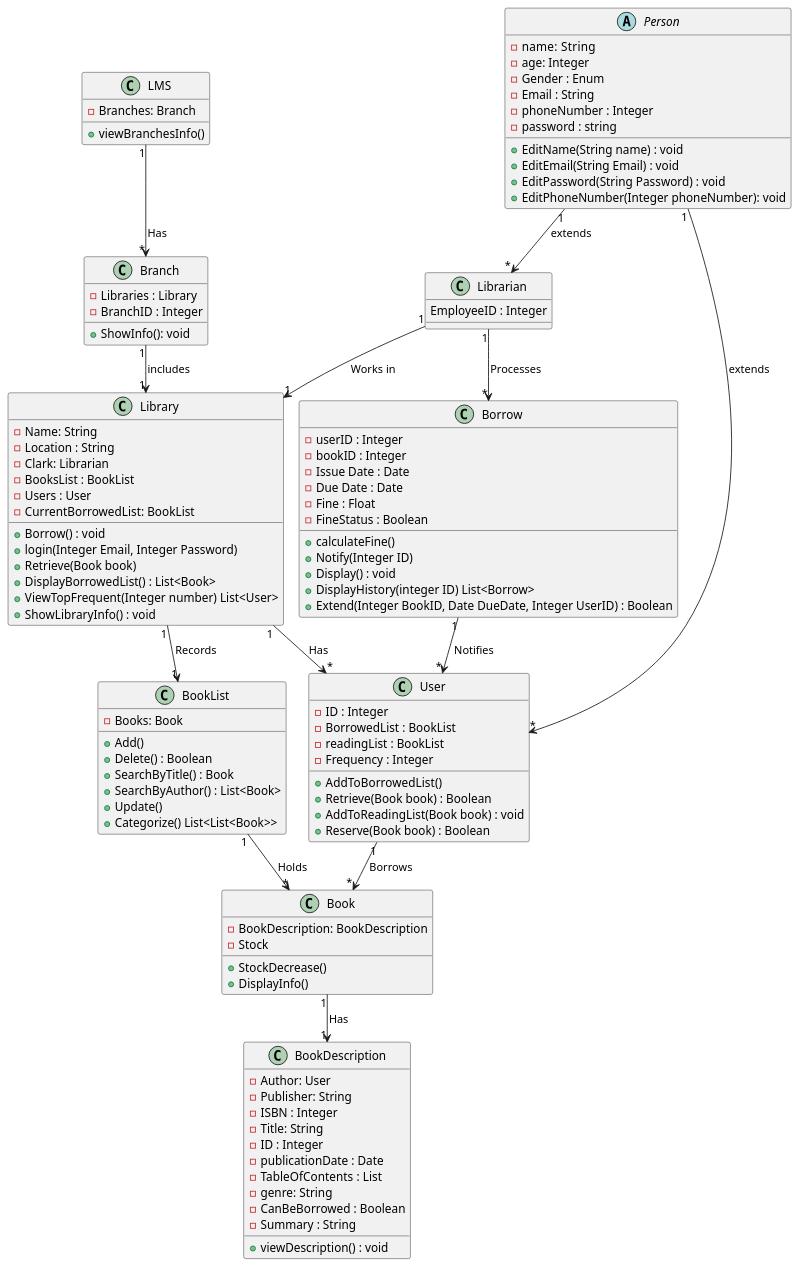
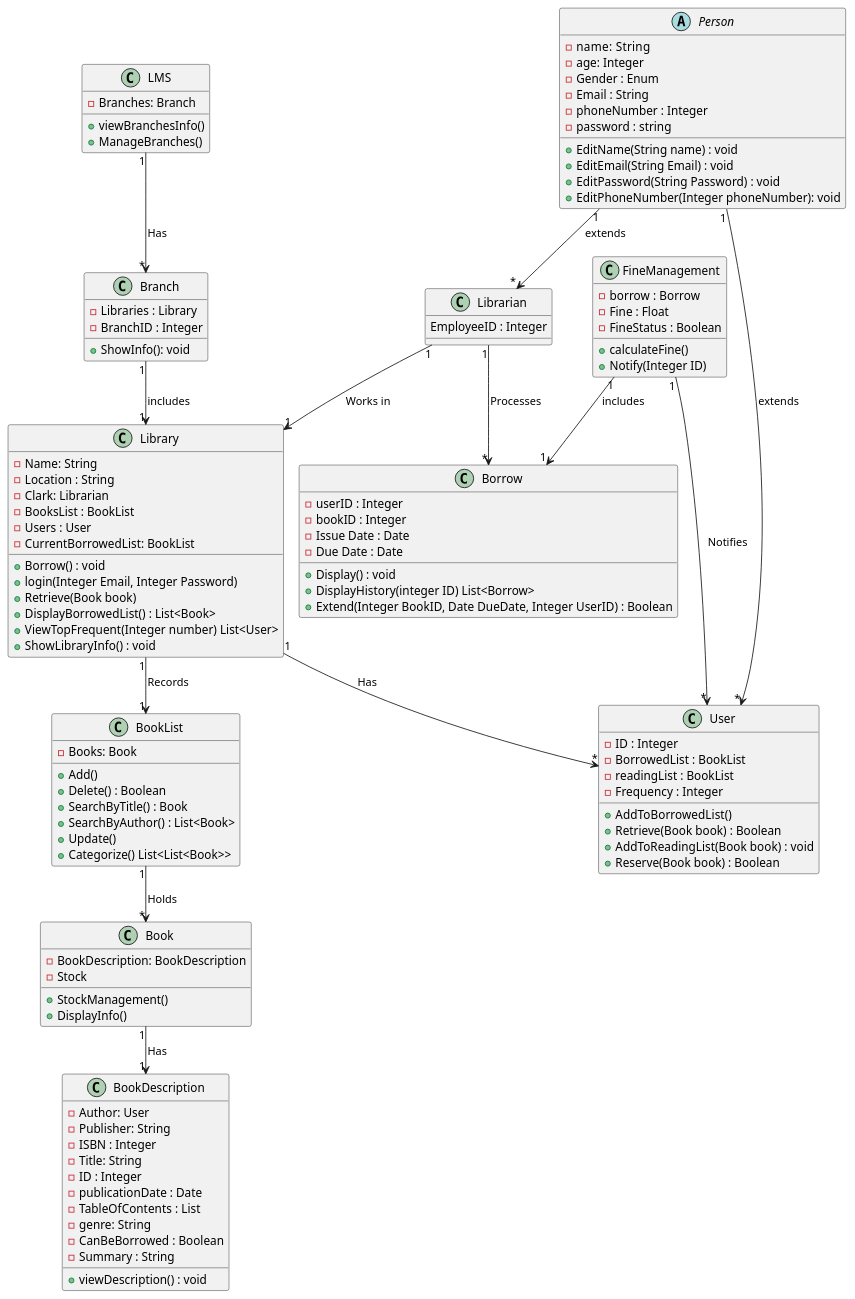
One commit to SalmaAzeem/library-system changed the diagram in diagrams/DCD/DCD.puml. Above: the diagram before and after it, drawn with PlantUML.

Commit message:
Final DCD ISA

```diff
--- a/diagrams/DCD/DCD.puml
+++ b/diagrams/DCD/DCD.puml
@@ -1,126 +1,134 @@
 @startuml
 !pragma layout smetana
 'https://plantuml.com/class-diagram
 class LMS
 {
  - Branches: Branch
  + viewBranchesInfo()
+ + ManageBranches()
 }
+class FineManagement
+{
+  - borrow : Borrow
+  - Fine : Float
+  - FineStatus : Boolean
+  + calculateFine()
+  + Notify(Integer ID)
+
+}
+
 class Branch
 {
  - Libraries : Library
  - BranchID : Integer
  + ShowInfo(): void
 }
 class Library {
   - Name: String
   - Location : String
   - Clark: Librarian
   - BooksList : BookList
   - Users : User
   - CurrentBorrowedList: BookList
    ''Takes the info Of the user and the borrowed Books add it to the currentBorrowedBooks and search for the user in the userList and give it the Book to add it in its list and calls the decrease function for stock
   + Borrow() : void
   + login(Integer Email, Integer Password)
   + Retrieve(Book book)
   + DisplayBorrowedList() : List<Book>
   ''returns the K frequent members
   + ViewTopFrequent(Integer number) List<User>
   + ShowLibraryInfo() : void
 }
 ''Could have an abstract class to implement the borrow function ?
 class BookList {
   - Books: Book
   ' -BookDescriptions: BookDescription
  + Add()
  + Delete() : Boolean
  + SearchByTitle() : Book
  + SearchByAuthor() : List<Book>
  + Update()
  + Categorize() List<List<Book>>
  '' What may return?
 }
 class Book {
  - BookDescription: BookDescription
  - Stock
  ''Could this be removed and replaced by unique ID instead?
  ''Decrement the stock could be removed and replaced by setter function
- + StockDecrease()
+ + StockManagement()
  + DisplayInfo()
 
 
 }
 class BookDescription {
   - Author: User
   - Publisher: String
   - ISBN : Integer
   - Title: String
   - ID : Integer
   ' one ISBN could have multiple IDs
   - publicationDate : Date
   - TableOfContents : List
   - genre: String
   - CanBeBorrowed : Boolean
   - Summary : String
   + viewDescription() : void
 }
 class User {
   - ID : Integer
   - BorrowedList : BookList
   - readingList : BookList
   - Frequency : Integer
   'Adds the Book to the user's borrowedList
   + AddToBorrowedList()
   'Remove the book from the user's borrowedList
   + Retrieve(Book book) : Boolean
   + AddToReadingList(Book book) : void
   + Reserve(Book book) : Boolean
 }
 abstract class Person{
   - name:  String
   - age: Integer
   - Gender : Enum
   - Email : String
   - phoneNumber : Integer
   - password : string
   + EditName(String name) : void
   + EditEmail(String Email) : void
   + EditPassword(String Password) : void
   + EditPhoneNumber(Integer phoneNumber): void
 
 }
 ''What are the functions of librarian and how to let them confirm the retrieve request
 class Librarian {
      EmployeeID : Integer
 }
 
 class Borrow {
   - userID : Integer
   '' can we add an ID to each book so we need to sum by ISBN to know the stock so we can assign the ID to the borrow class
   - bookID : Integer
   - Issue Date : Date
   - Due Date : Date
-  - Fine : Float
-  - FineStatus : Boolean
-  + calculateFine()
-  + Notify(Integer ID)
+
   + Display() : void
   ''retrieves the History of specific user
   + DisplayHistory(integer ID) List<Borrow>
   + Extend(Integer BookID, Date DueDate, Integer UserID) : Boolean
 
 }
 
 LMS "1" --> "*" Branch : Has
 BookList "1" --> "*" Book : Holds
 Branch "1" --> "1" Library : includes
+FineManagement "1" --> "1" Borrow : includes
 Book "1" --> "1" BookDescription : Has
 Person "1" -->"*" Librarian : extends
 Person "1" -->"*" User : extends
 Library "1" --> "*" User : Has
 Library "1" --> "1" BookList : Records
-User "1" --> "*" Book : Borrows
 Librarian "1" --> "*" Borrow : Processes
 Librarian "1" -->  "1" Library : Works in
-Borrow "1" --> "*" User : Notifies
+FineManagement "1" --> "*" User : Notifies
 @enduml
```
